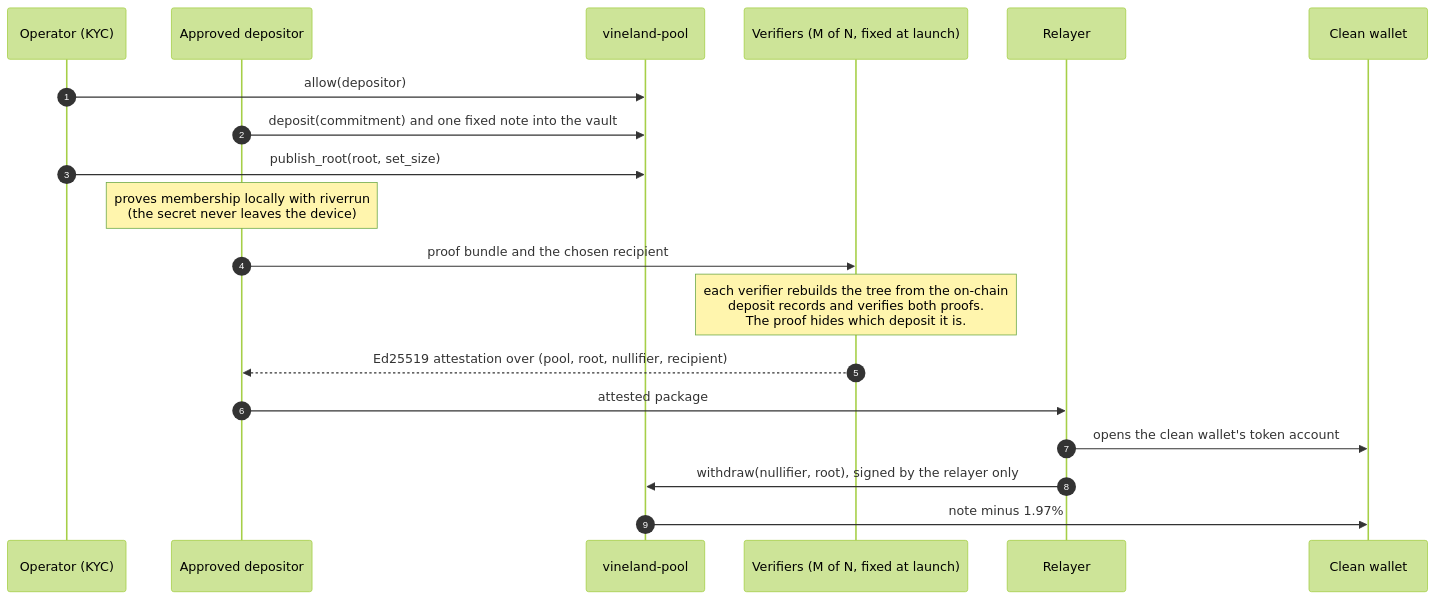
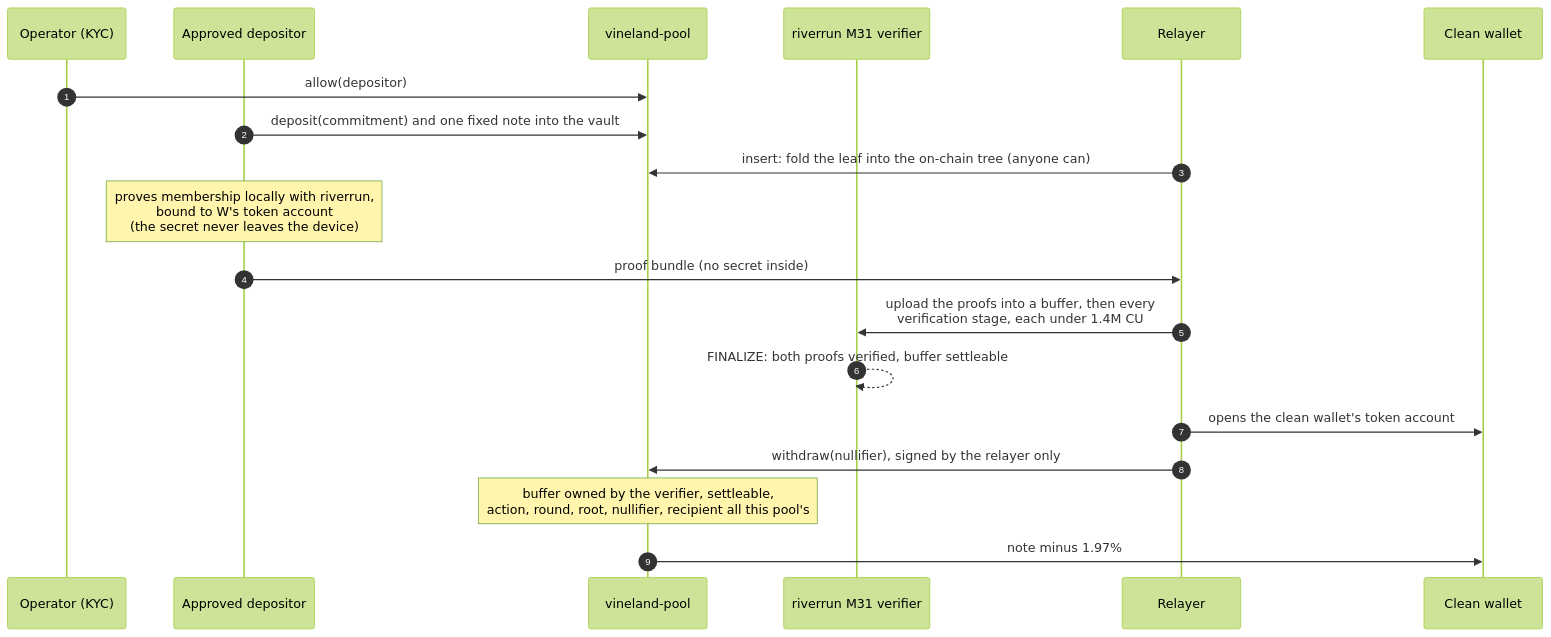
The diagram in README.md (Galmanus/vineland-sol), drawn with Mermaid (forest theme) before and after one commit. The commit also changed other lines of this file and 8 other files, not shown here.

````diff
--- a/README.md
+++ b/README.md
@@ -89,21 +97,21 @@
 ```mermaid
 sequenceDiagram
     autonumber
     participant Op as Operator (KYC)
     participant D as Approved depositor
     participant P as vineland-pool
-    participant V as Verifiers (M of N, fixed at launch)
+    participant X as riverrun M31 verifier
     participant R as Relayer
     participant W as Clean wallet
     Op->>P: allow(depositor)
     D->>P: deposit(commitment) and one fixed note into the vault
-    Op->>P: publish_root(root, set_size)
-    Note over D: proves membership locally with riverrun<br/>(the secret never leaves the device)
-    D->>V: proof bundle and the chosen recipient
-    Note over V: each verifier rebuilds the tree from the on-chain<br/>deposit records and verifies both proofs.<br/>The proof hides which deposit it is.
-    V-->>D: Ed25519 attestation over (pool, root, nullifier, recipient)
-    D->>R: attested package
+    R->>P: insert: fold the leaf into the on-chain tree (anyone can)
+    Note over D: proves membership locally with riverrun,<br/>bound to W's token account<br/>(the secret never leaves the device)
+    D->>R: proof bundle (no secret inside)
+    R->>X: upload the proofs into a buffer, then every<br/>verification stage, each under 1.4M CU
+    X-->>X: FINALIZE: both proofs verified, buffer settleable
     R->>W: opens the clean wallet's token account
-    R->>P: withdraw(nullifier, root), signed by the relayer only
+    R->>P: withdraw(nullifier), signed by the relayer only
+    Note over P: buffer owned by the verifier, settleable,<br/>action, round, root, nullifier, recipient all this pool's
     P->>W: note minus 1.97%
 ```
````
